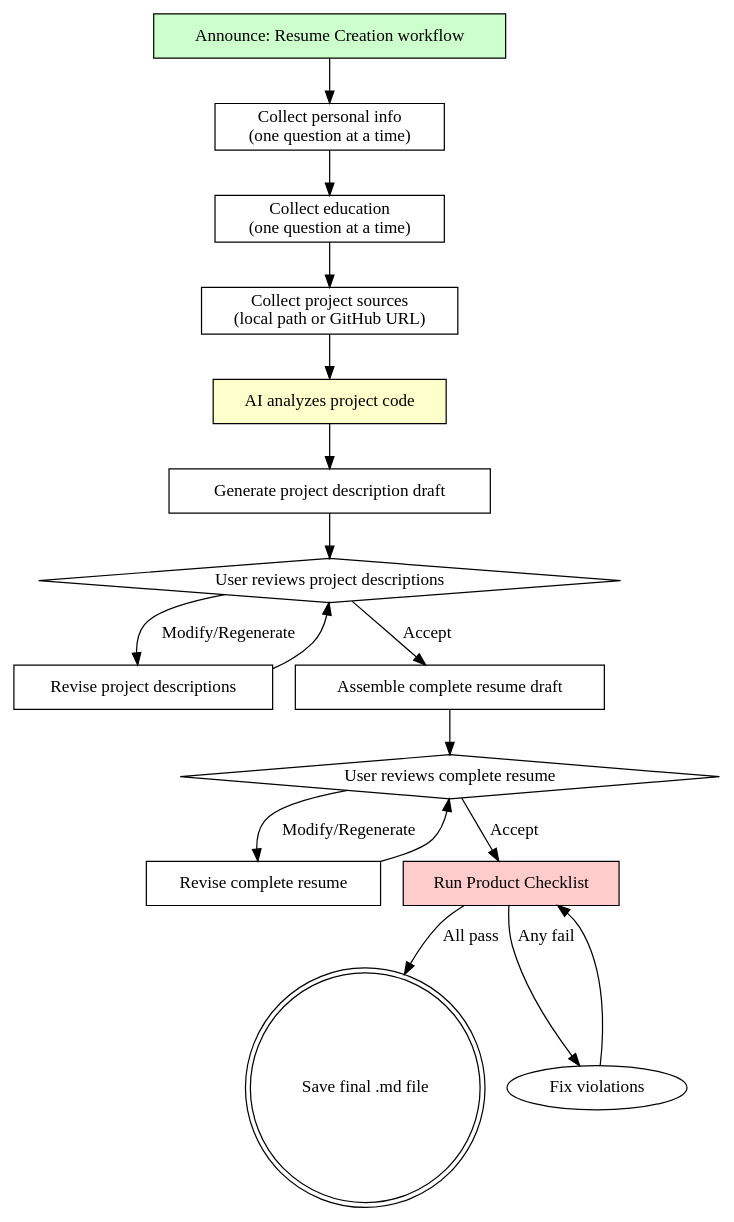
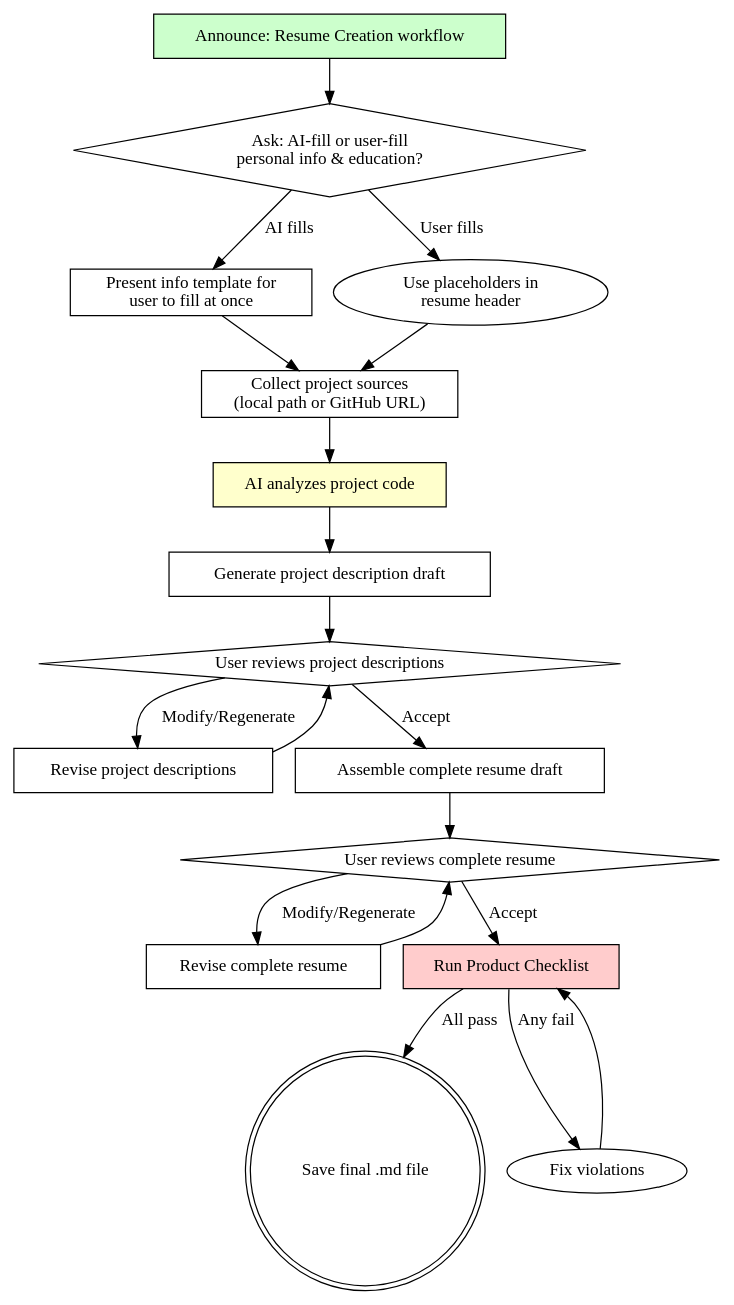
One commit to Wood-Q/Mokio-Interview-Skill changed the diagram in skills/mokio-interview-skill/resume-creation.md. Above: the diagram before and after it, drawn with Graphviz. The commit also changed other lines of this file, not shown here.

````diff
--- a/skills/mokio-interview-skill/resume-creation.md
+++ b/skills/mokio-interview-skill/resume-creation.md
@@ -27,35 +27,37 @@
 ```dot
 digraph resume_creation {
     rankdir=TB;
     "Announce: Resume Creation workflow" [shape=box, style=filled, fillcolor="#ccffcc"];
-    "Collect personal info\n(one question at a time)" [shape=box];
-    "Collect education\n(one question at a time)" [shape=box];
+    "Ask: AI-fill or user-fill\npersonal info & education?" [shape=diamond];
+    "Present info template for\nuser to fill at once" [shape=box];
     "Collect project sources\n(local path or GitHub URL)" [shape=box];
     "AI analyzes project code" [shape=box, style=filled, fillcolor="#ffffcc"];
     "Generate project description draft" [shape=box];
     "User reviews project descriptions" [shape=diamond];
     "Revise project descriptions" [shape=box];
     "Assemble complete resume draft" [shape=box];
     "User reviews complete resume" [shape=diamond];
     "Revise complete resume" [shape=box];
     "Run Product Checklist" [shape=box, style=filled, fillcolor="#ffcccc"];
     "Save final .md file" [shape=doublecircle];
 
-    "Announce: Resume Creation workflow" -> "Collect personal info\n(one question at a time)";
-    "Collect personal info\n(one question at a time)" -> "Collect education\n(one question at a time)";
-    "Collect education\n(one question at a time)" -> "Collect project sources\n(local path or GitHub URL)";
+    "Announce: Resume Creation workflow" -> "Ask: AI-fill or user-fill\npersonal info & education?";
+    "Ask: AI-fill or user-fill\npersonal info & education?" -> "Present info template for\nuser to fill at once" [label="AI fills"];
+    "Ask: AI-fill or user-fill\npersonal info & education?" -> "Use placeholders in\nresume header" [label="User fills"];
+    "Present info template for\nuser to fill at once" -> "Collect project sources\n(local path or GitHub URL)";
+    "Use placeholders in\nresume header" -> "Collect project sources\n(local path or GitHub URL)";
     "Collect project sources\n(local path or GitHub URL)" -> "AI analyzes project code";
     "AI analyzes project code" -> "Generate project description draft";
     "Generate project description draft" -> "User reviews project descriptions";
     "User reviews project descriptions" -> "Revise project descriptions" [label="Modify/Regenerate"];
     "User reviews project descriptions" -> "Assemble complete resume draft" [label="Accept"];
     "Revise project descriptions" -> "User reviews project descriptions";
     "Assemble complete resume draft" -> "User reviews complete resume";
     "User reviews complete resume" -> "Revise complete resume" [label="Modify/Regenerate"];
     "User reviews complete resume" -> "Run Product Checklist" [label="Accept"];
     "Revise complete resume" -> "User reviews complete resume";
     "Run Product Checklist" -> "Save final .md file" [label="All pass"];
     "Run Product Checklist" -> "Fix violations" [label="Any fail"];
     "Fix violations" -> "Run Product Checklist";
 }
 ```
````
